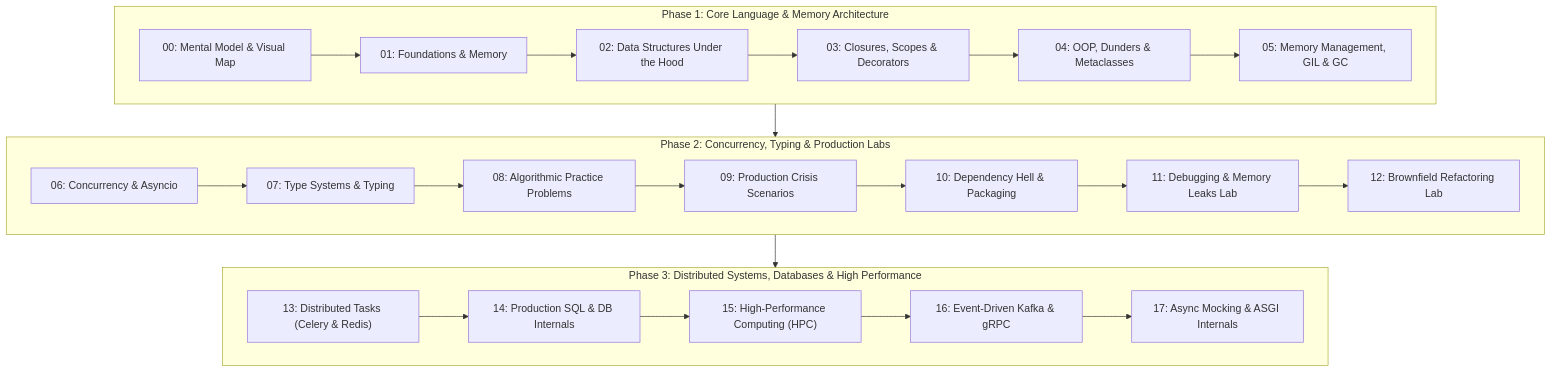
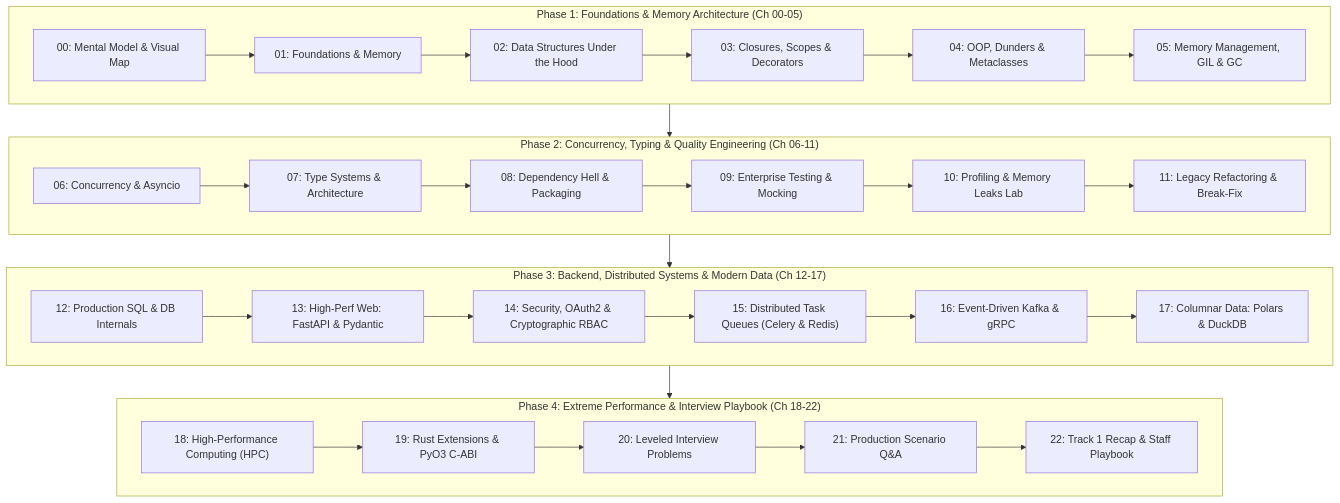
The fifth of 5 diagrams in 01-Python-Mastery/00-The-Python-Mental-Model-Visual-Map.md (reddykarthikeya1/AI-Systems-Mastery), drawn with Mermaid before and after one commit. The commit also changed other lines of this file and 53 other files, not shown here.

First line of the commit message:
feat(python): elevate Track 1 to measured 10/10 quality bar

````diff
--- a/01-Python-Mastery/00-The-Python-Mental-Model-Visual-Map.md
+++ b/01-Python-Mastery/00-The-Python-Mental-Model-Visual-Map.md
@@ -225,28 +229,35 @@
 ```mermaid
 flowchart TD
-    subgraph Phase1 ["Phase 1: Core Language & Memory Architecture"]
+    subgraph Phase1 ["Phase 1: Foundations & Memory Architecture (Ch 00-05)"]
         M0["00: Mental Model & Visual Map"] --> M1["01: Foundations & Memory"]
         M1 --> M2["02: Data Structures Under the Hood"]
         M2 --> M3["03: Closures, Scopes & Decorators"]
         M3 --> M4["04: OOP, Dunders & Metaclasses"]
         M4 --> M5["05: Memory Management, GIL & GC"]
     end
 
-    subgraph Phase2 ["Phase 2: Concurrency, Typing & Production Labs"]
-        M6["06: Concurrency & Asyncio"] --> M7["07: Type Systems & Typing"]
-        M7 --> M8["08: Algorithmic Practice Problems"]
-        M8 --> M9["09: Production Crisis Scenarios"]
-        M9 --> M10["10: Dependency Hell & Packaging"]
-        M10 --> M11["11: Debugging & Memory Leaks Lab"]
-        M11 --> M12["12: Brownfield Refactoring Lab"]
+    subgraph Phase2 ["Phase 2: Concurrency, Typing & Quality Engineering (Ch 06-11)"]
+        M6["06: Concurrency & Asyncio"] --> M7["07: Type Systems & Architecture"]
+        M7 --> M8["08: Dependency Hell & Packaging"]
+        M8 --> M9["09: Enterprise Testing & Mocking"]
+        M9 --> M10["10: Profiling & Memory Leaks Lab"]
+        M10 --> M11["11: Legacy Refactoring & Break-Fix"]
     end
 
-    subgraph Phase3 ["Phase 3: Distributed Systems, Databases & High Performance"]
-        M13["13: Distributed Tasks (Celery & Redis)"] --> M14["14: Production SQL & DB Internals"]
-        M14 --> M15["15: High-Performance Computing (HPC)"]
+    subgraph Phase3 ["Phase 3: Backend, Distributed Systems & Modern Data (Ch 12-17)"]
+        M12["12: Production SQL & DB Internals"] --> M13["13: High-Perf Web: FastAPI & Pydantic"]
+        M13 --> M14["14: Security, OAuth2 & Cryptographic RBAC"]
+        M14 --> M15["15: Distributed Task Queues (Celery & Redis)"]
         M15 --> M16["16: Event-Driven Kafka & gRPC"]
-        M16 --> M17["17: Async Mocking & ASGI Internals"]
+        M16 --> M17["17: Columnar Data: Polars & DuckDB"]
     end
 
-    Phase1 --> Phase2 --> Phase3
+    subgraph Phase4 ["Phase 4: Extreme Performance & Interview Playbook (Ch 18-22)"]
+        M18["18: High-Performance Computing (HPC)"] --> M19["19: Rust Extensions & PyO3 C-ABI"]
+        M19 --> M20["20: Leveled Interview Problems"]
+        M20 --> M21["21: Production Scenario Q&A"]
+        M21 --> M22["22: Track 1 Recap & Staff Playbook"]
+    end
+
+    Phase1 --> Phase2 --> Phase3 --> Phase4
 ```
````
